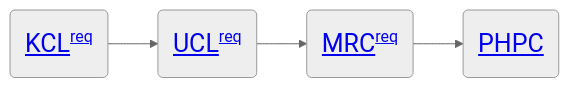
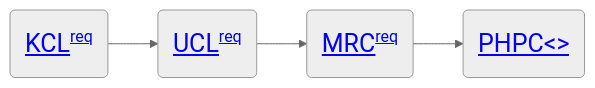
One commit to jinghuazhao/jinghuazhao.githubio.io changed the second of 2 diagrams in docs/work.md. Above: the diagram before and after it, drawn with Mermaid (neutral theme). The commit also changed other lines of this file, not shown here.

````diff
--- a/docs/work.md
+++ b/docs/work.md
@@ -99,12 +99,12 @@
 ```mermaid
 graph LR
 
 %% Nodes
-KCL(<a href="https://jinghuazhao.github.io/kcllinks.html" style="font-size: 25px;">KCL</a><a href="https://jinghuazhao.github.io/iop/comments.txt" style="font-size: 16px;vertical-align: top;">req</a>)
-UCL(<a href="https://jinghuazhao.github.io/ucllinks.html" style="font-size: 25px;">UCL</a><a href="https://jinghuazhao.github.io/ucl/comments.txt" style="font-size: 16px;vertical-align: top;">req</a>)
-MRC(<a href="https://jinghuazhao.github.io/mrclinks.html" style="font-size: 25px;">MRC</a><a href="https://jinghuazhao.github.io/mrc/comments.txt"  style="font-size: 16px;vertical-align: top;">req</a>)
-PHPC(<a href="https://jinghuazhao.github.io/phpclinks.html" style="font-size: 25px;">PHPC</a>)
+KCL(<a href="https://jinghuazhao.github.io/kcllinks.html" style="font-size: 25px;"><u>KCL</u></a><a href="https://jinghuazhao.github.io/iop/comments.txt" style="font-size: 16px;vertical-align: top;">req</a>)
+UCL(<a href="https://jinghuazhao.github.io/ucllinks.html" style="font-size: 25px;"><u>UCL</u></a><a href="https://jinghuazhao.github.io/ucl/comments.txt" style="font-size: 16px;vertical-align: top;">req</a>)
+MRC(<a href="https://jinghuazhao.github.io/mrclinks.html" style="font-size: 25px;"><u>MRC</u></a><a href="https://jinghuazhao.github.io/mrc/comments.txt"  style="font-size: 16px;vertical-align: top;">req</a>)
+PHPC(<a href="https://jinghuazhao.github.io/phpclinks.html" style="font-size: 25px;"><u>PHPC<></a>)
 
 %% Node Connections
 KCL --> UCL --> MRC --> PHPC
 ```
````
